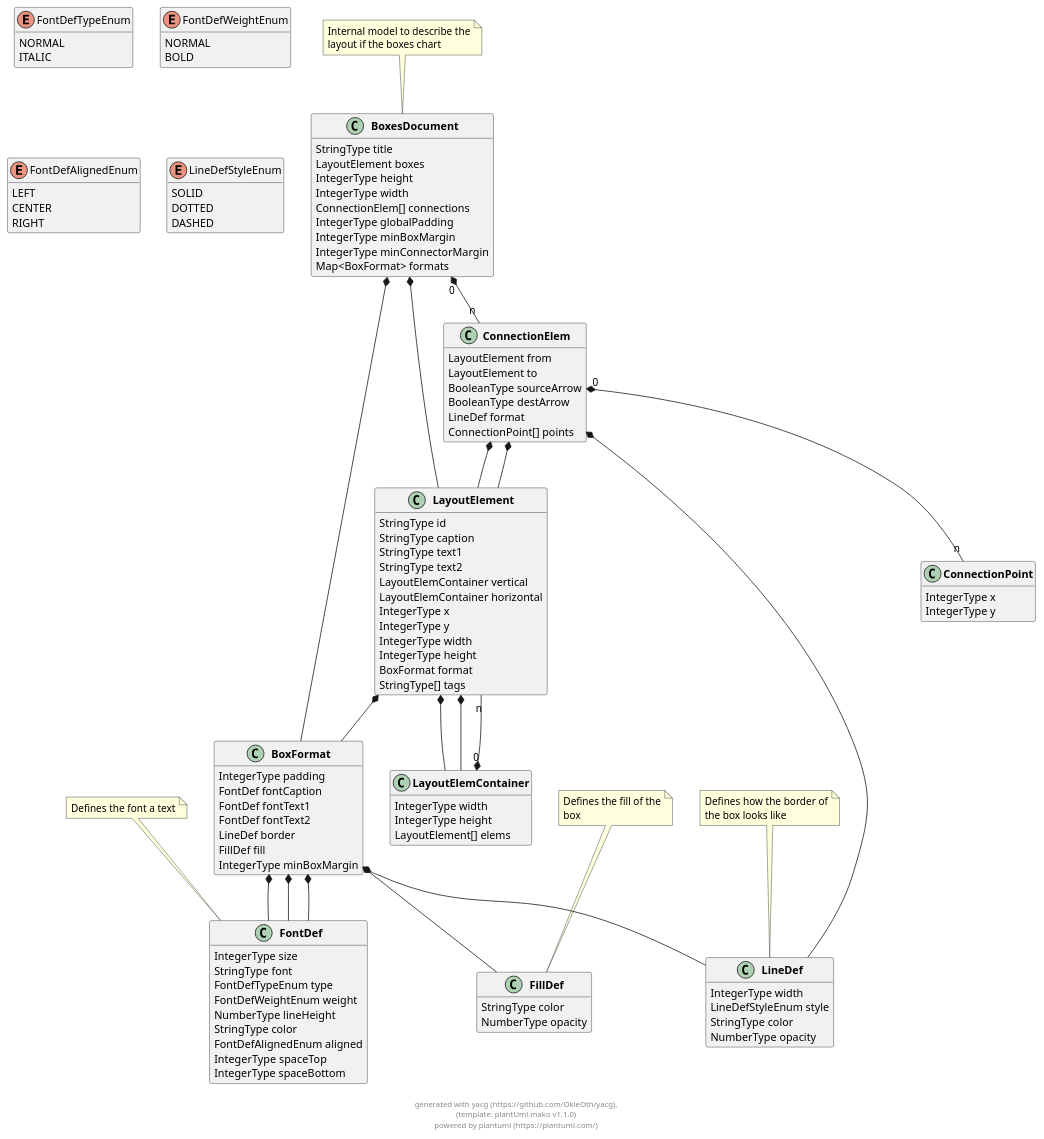
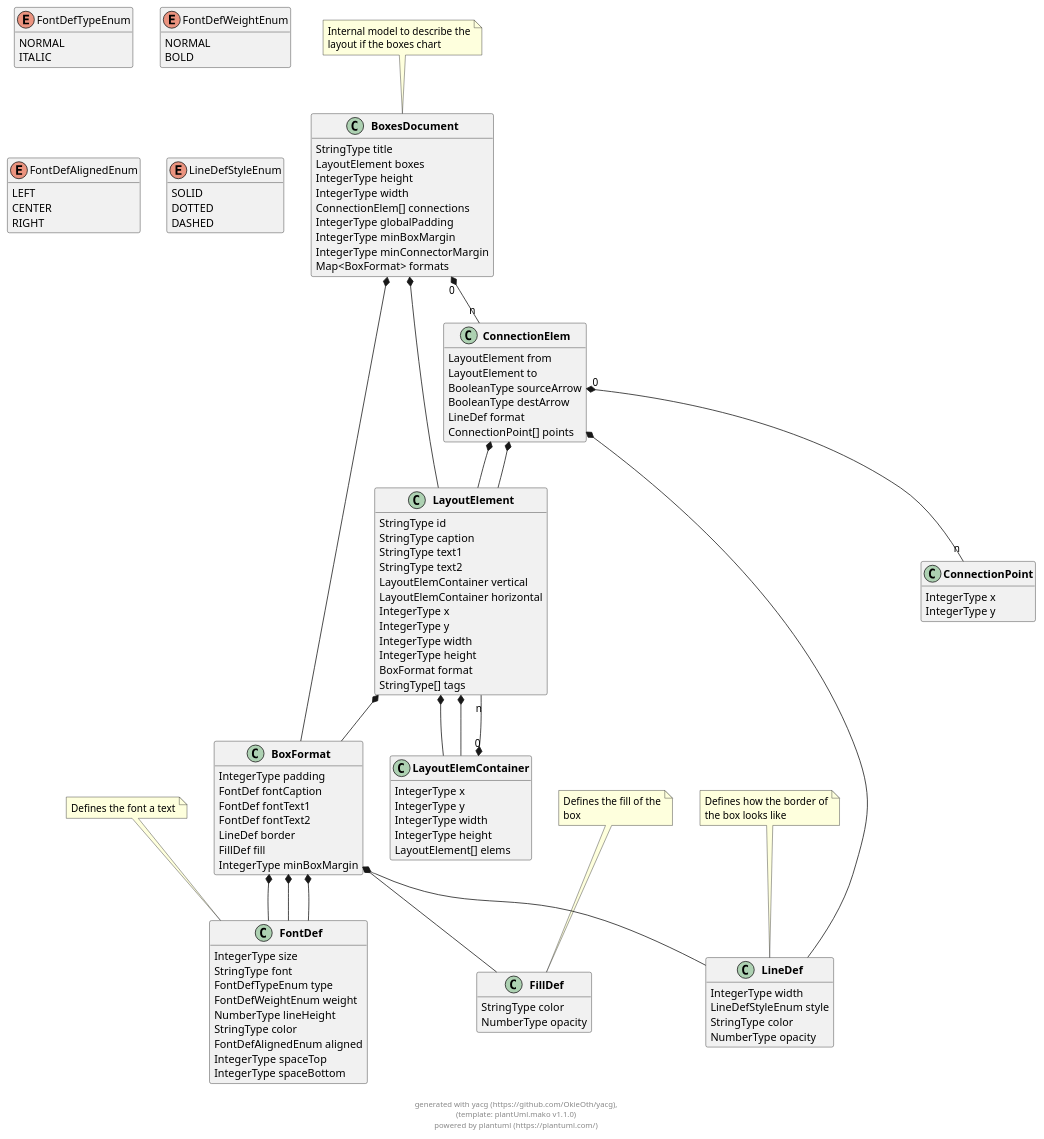
One commit to OkieOth/draw.chart.things changed the diagram in docs/models/puml/boxes_document.puml. Above: the diagram before and after it, drawn with PlantUML. The commit also changed 4 other files, not shown here.

```diff
--- a/docs/models/puml/boxes_document.puml
+++ b/docs/models/puml/boxes_document.puml
@@ -61,6 +61,8 @@
  
 
 class "**LayoutElemContainer**" as LayoutElemContainer {
+        IntegerType x
+        IntegerType y
         IntegerType width
         IntegerType height
         LayoutElement[] elems
@@ -188,6 +190,8 @@
     
 
 
+
+
 LayoutElemContainer "0" *-- "n" LayoutElement
 
     
```
